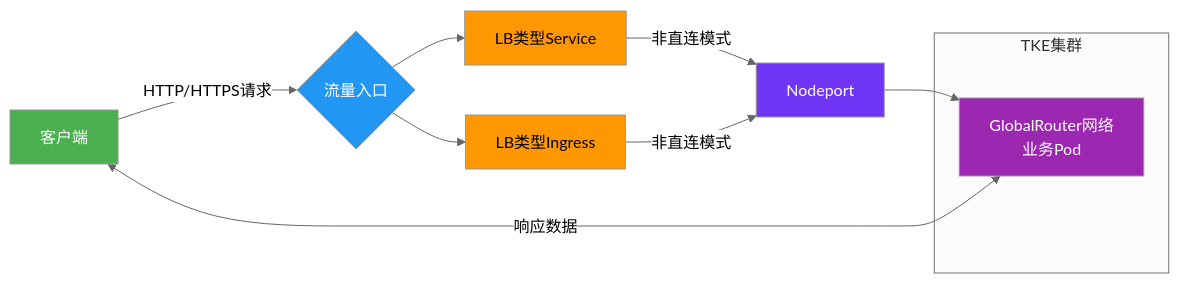
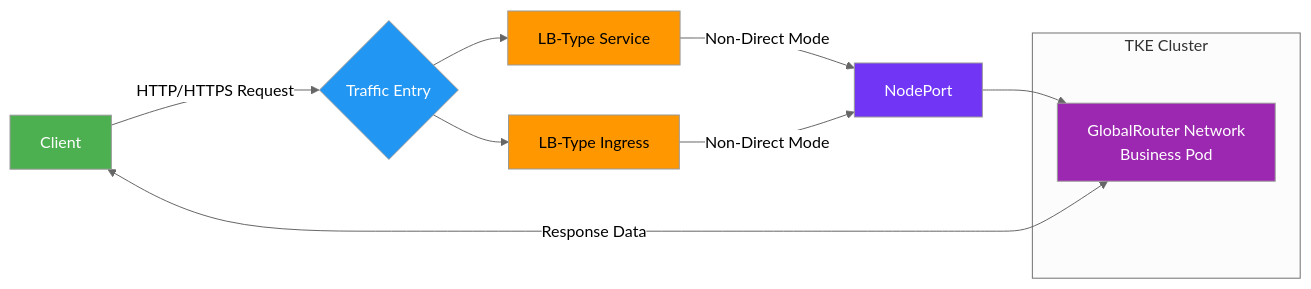
The diagram in client-ip/client-ip-main/gr-clb-non-direct-pod/README.md (kestrelli/client-ip), drawn with Mermaid (neutral theme) before and after one commit. The commit also changed other lines of this file, not shown here.

````diff
--- a/client-ip/client-ip-main/gr-clb-non-direct-pod/README.md
+++ b/client-ip/client-ip-main/gr-clb-non-direct-pod/README.md
@@ -17,23 +18,19 @@
 ```mermaid
-graph LR
-    
-    A[客户端] -->|HTTP/HTTPS请求| B{流量入口}
-    B --> C[LB类型Service]
-    B --> D[LB类型Ingress]
-    
-    C -->|非直连模式| E[Nodeport]
-    D -->|非直连模式| E[Nodeport]
-    E -->F[业务Pod]
-    subgraph TKE集群
-        F[GlobalRouter网络<br>业务Pod]
+graph LR    
+    A[Client] -->|HTTP/HTTPS Request| B{Traffic Entry}
+    B --> C[LB-Type Service]
+    B --> D[LB-Type Ingress]
+    C -->|Non-Direct Mode| E[NodePort]
+    D -->|Non-Direct Mode| E[NodePort]
+    E --> F[Business Pod]
+    subgraph TKE Cluster
+        F[GlobalRouter Network<br>Business Pod]
     end
-    
-     A <--> |响应数据| F
-    
+    A <--> |Response Data| F
     style A fill:#4CAF50,color:white
     style B fill:#2196F3,color:white
     style C fill:#FF9800,color:black
     style D fill:#FF9800,color:black
     style E fill:#7136F5,color:white
     style F fill:#9C27B0,color:white
 ```
````
